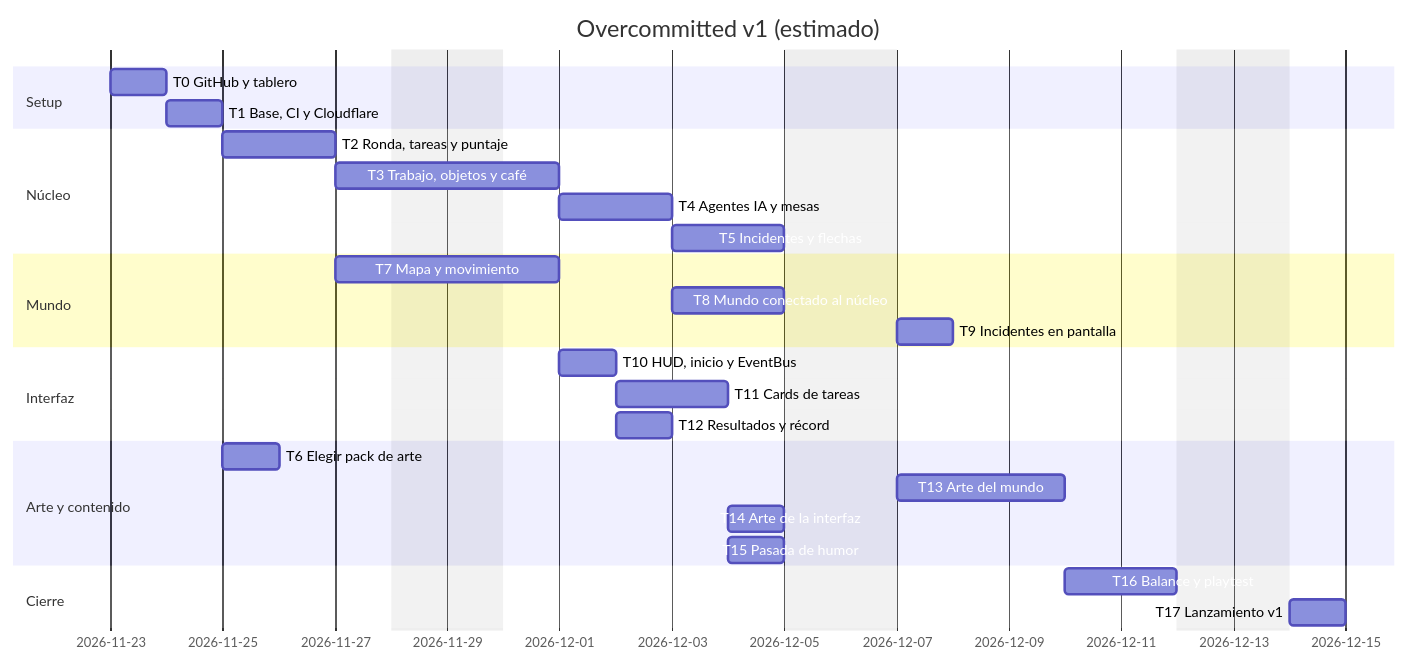
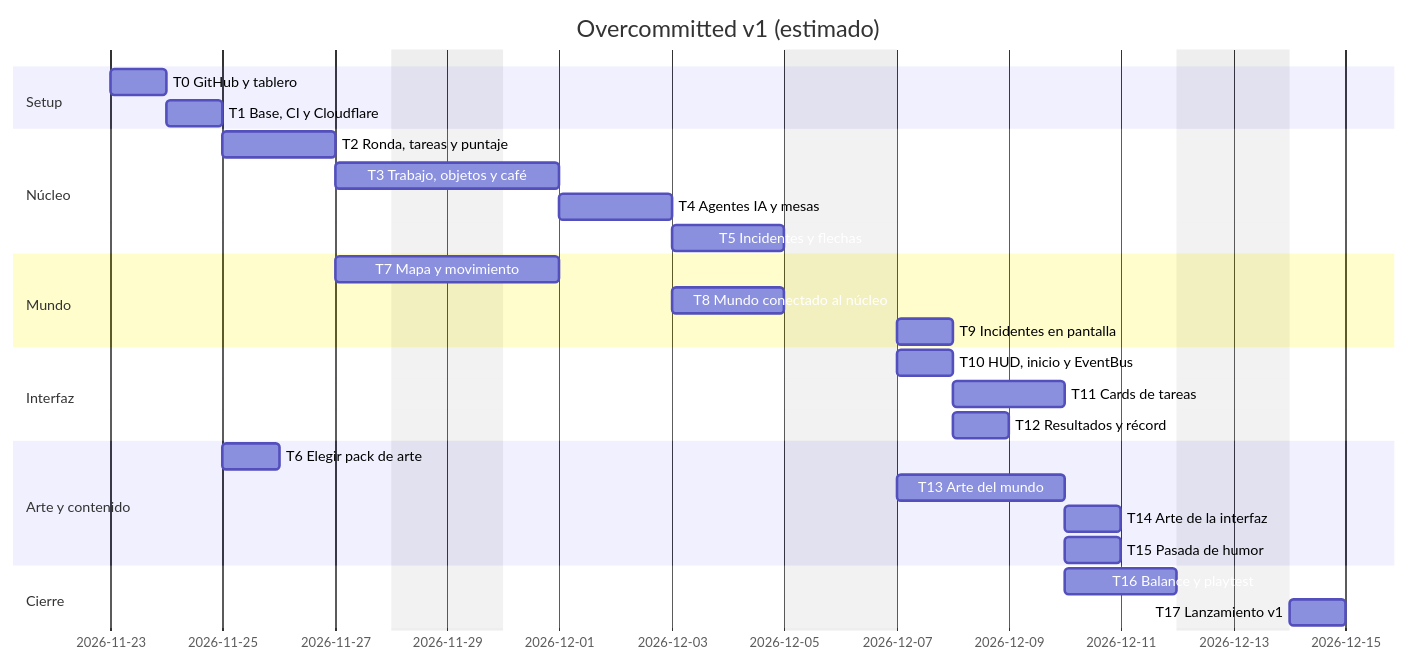
One commit to overcommitted-game/overcommitted changed the diagram in docs/2026-11-20-plan-v1.md. Above: the diagram before and after it, drawn with Mermaid. The commit also changed other lines of this file, not shown here.

````diff
--- a/docs/2026-11-20-plan-v1.md
+++ b/docs/2026-11-20-plan-v1.md
@@ -106,30 +106,30 @@
 ```mermaid
 gantt
   title Overcommitted v1 (estimado)
   dateFormat YYYY-MM-DD
   excludes weekends
   section Setup
   T0 GitHub y tablero           :t0, 2026-11-23, 1d
   T1 Base, CI y Cloudflare      :t1, after t0, 1d
   section Núcleo
   T2 Ronda, tareas y puntaje    :t2, after t1, 2d
   T3 Trabajo, objetos y café    :t3, after t2, 2d
   T4 Agentes IA y mesas         :t4, after t3, 2d
   T5 Incidentes y flechas       :t5, after t4, 2d
   section Mundo
   T7 Mapa y movimiento          :t7, after t2, 2d
   T8 Mundo conectado al núcleo  :t8, after t4 t7, 2d
   T9 Incidentes en pantalla     :t9, after t5 t8, 1d
   section Interfaz
-  T10 HUD, inicio y EventBus    :t10, after t7, 1d
+  T10 HUD, inicio y EventBus    :t10, after t8, 1d
   T11 Cards de tareas           :t11, after t3 t10, 2d
   T12 Resultados y récord       :t12, after t10, 1d
   section Arte y contenido
   T6 Elegir pack de arte        :t6, after t1, 1d
   T13 Arte del mundo            :t13, after t6 t8, 3d
   T14 Arte de la interfaz       :t14, after t6 t11, 1d
   T15 Pasada de humor           :t15, after t11 t12, 1d
   section Cierre
   T16 Balance y playtest        :t16, after t9 t12 t13, 2d
   T17 Lanzamiento v1            :t17, after t14 t15 t16, 1d
 ```
````
